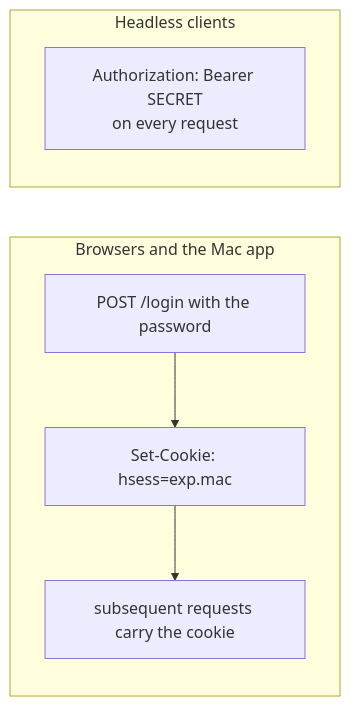
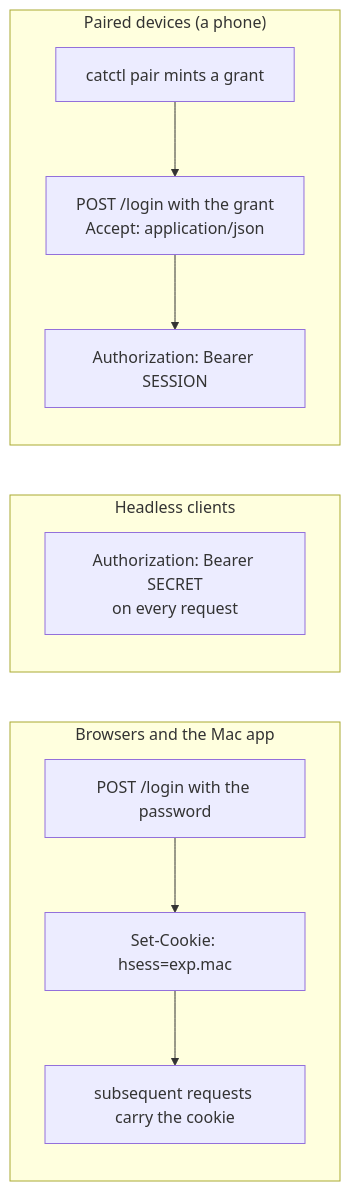
One commit to rohanthewiz/cats changed the second of 3 diagrams in docs/subsystems/auth-and-tls.md. Above: the diagram before and after it, drawn with Mermaid. The commit also changed other lines of this file and 26 other files, not shown here.

````diff
--- a/docs/subsystems/auth-and-tls.md
+++ b/docs/subsystems/auth-and-tls.md
@@ -57,14 +57,21 @@
 ```mermaid
 flowchart LR
   subgraph browsers["Browsers and the Mac app"]
     B["POST /login with the password"]
     C["Set-Cookie: hsess=exp.mac"]
     D["subsequent requests carry the cookie"]
   end
 
   subgraph headless["Headless clients"]
     H["Authorization: Bearer SECRET<br/>on every request"]
   end
 
+  subgraph paired["Paired devices (a phone)"]
+    P["catctl pair mints a grant"]
+    Q["POST /login with the grant<br/>Accept: application/json"]
+    R["Authorization: Bearer SESSION"]
+  end
+
   B --> C --> D
+  P --> Q --> R
 ```
````
